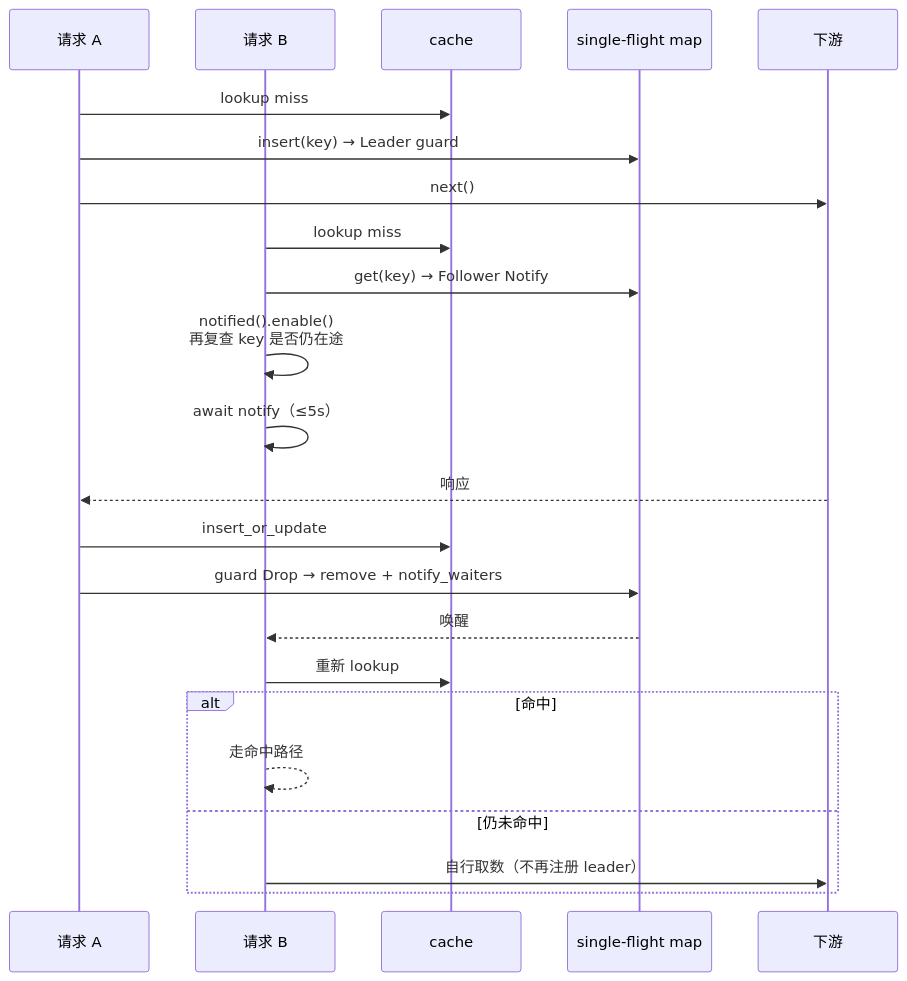
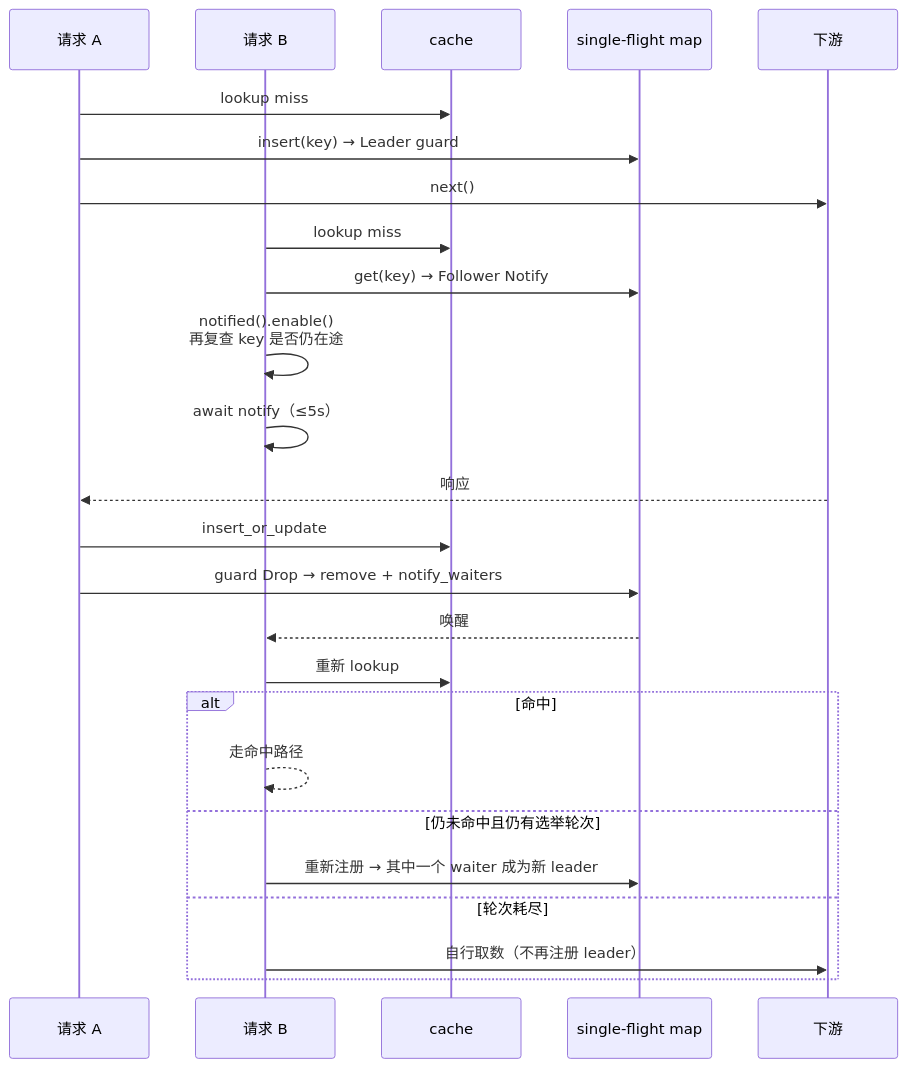
One commit to SharerMax/oxidns changed the fourth of 8 diagrams in oxidns-plugin-cache.md. Above: the diagram before and after it, drawn with Mermaid. The commit also changed other lines of this file and 13 other files, not shown here.

````diff
--- a/oxidns-plugin-cache.md
+++ b/oxidns-plugin-cache.md
@@ -205,25 +207,27 @@
 ```mermaid
 sequenceDiagram
     participant A as 请求 A
     participant B as 请求 B
     participant K as cache
     participant M as single-flight map
     participant U as 下游
     A->>K: lookup miss
     A->>M: insert(key) → Leader guard
     A->>U: next()
     B->>K: lookup miss
     B->>M: get(key) → Follower Notify
     B->>B: notified().enable()<br/>再复查 key 是否仍在途
     B->>B: await notify（≤5s）
     U-->>A: 响应
     A->>K: insert_or_update
     A->>M: guard Drop → remove + notify_waiters
     M-->>B: 唤醒
     B->>K: 重新 lookup
     alt 命中
         B-->>B: 走命中路径
-    else 仍未命中
+    else 仍未命中且仍有选举轮次
+        B->>M: 重新注册 → 其中一个 waiter 成为新 leader
+    else 轮次耗尽
         B->>U: 自行取数（不再注册 leader）
     end
 ```
````
